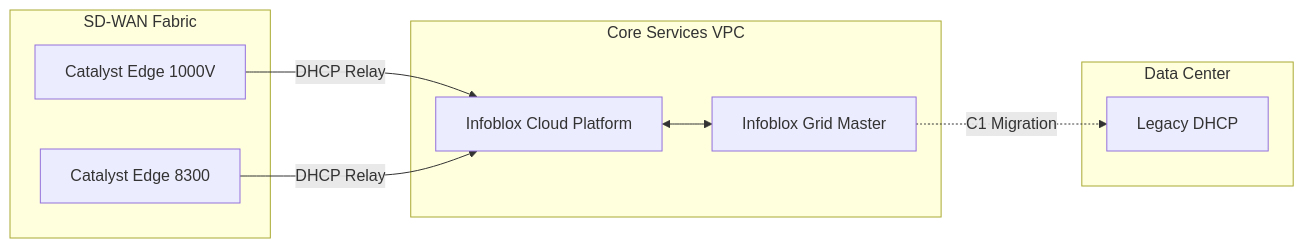
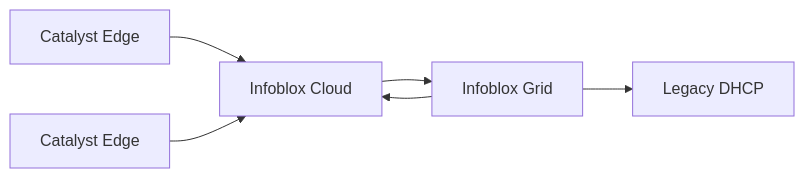
Before and after one commit to WhalerMike/uiao: the eighth of 12 diagrams in diagram-review.md, drawn with Mermaid. The commit also changed other lines of this file, not shown here.

Commit message:
Simplify all 12 Mermaid diagrams to vanilla syntax for GitHub compatibility

````diff
--- a/diagram-review.md
+++ b/diagram-review.md
@@ -196,21 +104,8 @@
 ```mermaid
 graph LR
-    subgraph SD_WAN_Fabric [SD-WAN Fabric]
-        EDGE1[Catalyst Edge 1000V]
-        EDGE2[Catalyst Edge 8300]
-    end
-
-    subgraph Core_Services [Core Services VPC]
-        IB_GRID[Infoblox Grid Master]
-        IB_CP[Infoblox Cloud Platform]
-    end
-
-    subgraph Data_Center [Data Center]
-        DC_DHCP[Legacy DHCP]
-    end
-
-    EDGE1 -- "DHCP Relay" --> IB_CP
-    EDGE2 -- "DHCP Relay" --> IB_CP
-    IB_CP <--> IB_GRID
-    IB_GRID -. "C1 Migration" .-> DC_DHCP
+    Edge1[Catalyst Edge] --> IB_CP[Infoblox Cloud]
+    Edge2[Catalyst Edge] --> IB_CP
+    IB_CP --> IB_Grid[Infoblox Grid]
+    IB_Grid --> IB_CP
+    IB_Grid --> Legacy[Legacy DHCP]
 ```
````
